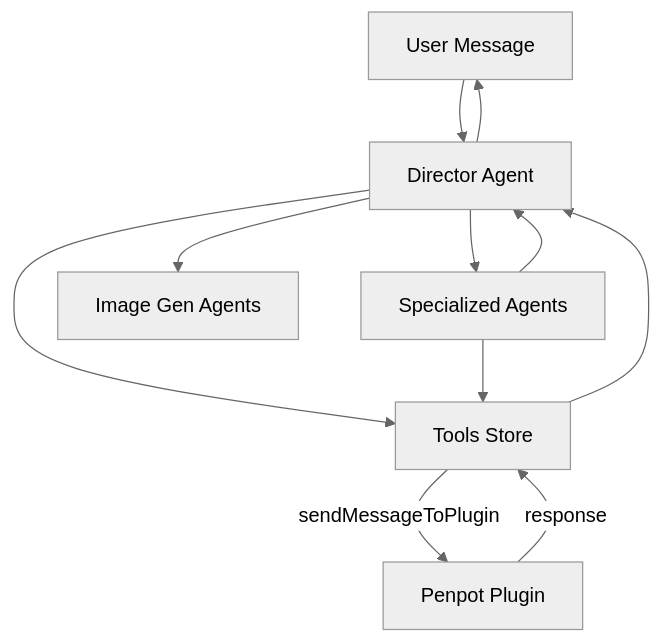
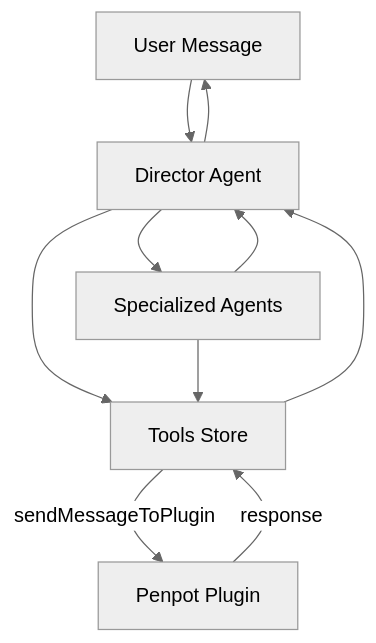
The diagram in docs/ARCHITECTURE.md (totto/penpot-wizard), drawn with Mermaid (neutral theme) before and after one commit. The commit also changed other lines of this file and 29 other files, not shown here.

First line of the commit message:
refactor: replace imageGenerationAgents with image tools

````diff
--- a/docs/ARCHITECTURE.md
+++ b/docs/ARCHITECTURE.md
@@ -94,20 +85,18 @@
 ```mermaid
 flowchart TB
     User[User Message]
     Director[Director Agent]
     Tools[Tools Store]
     Specialized[Specialized Agents]
-    ImageGen[Image Gen Agents]
     Plugin[Penpot Plugin]
-    
+
     User --> Director
     Director --> Tools
     Director --> Specialized
-    Director --> ImageGen
     Tools -->|sendMessageToPlugin| Plugin
     Specialized --> Tools
+    Specialized --> Director
     Plugin -->|response| Tools
     Tools --> Director
-    Specialized --> Director
     Director --> User
 ```
````
